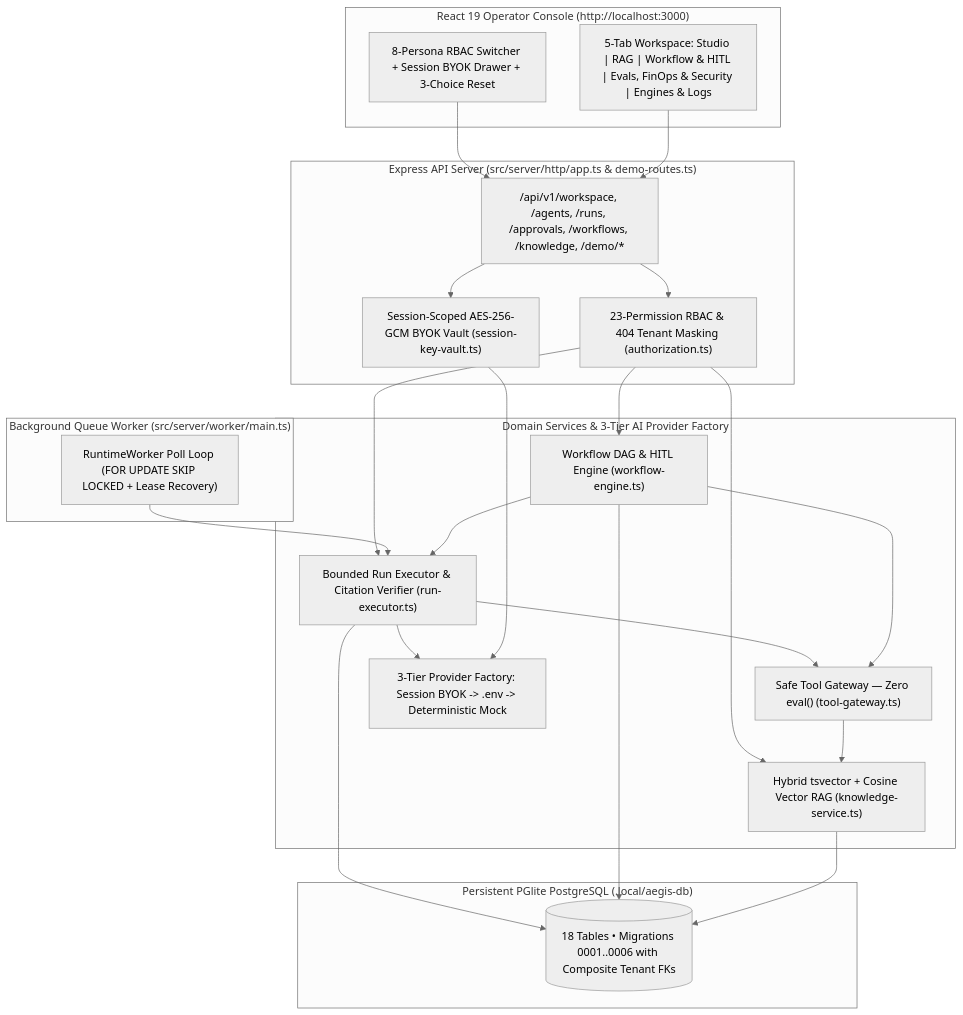
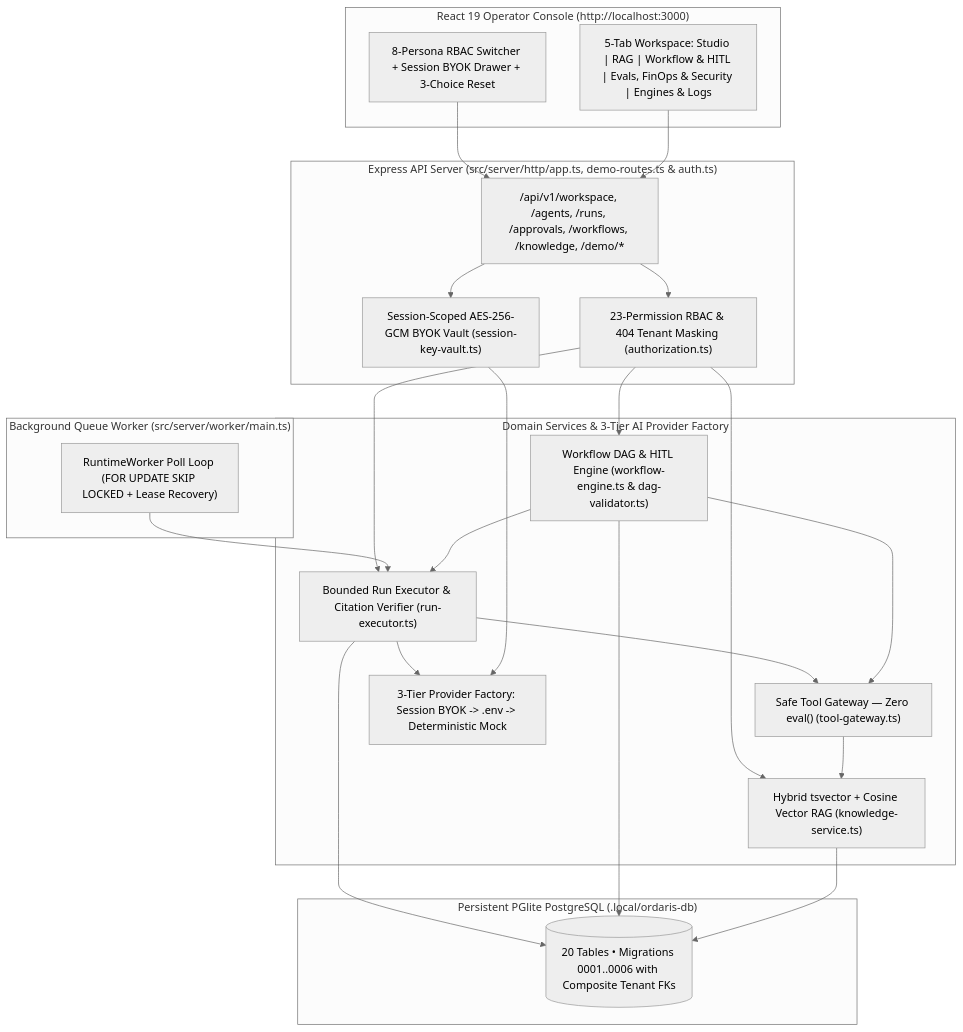
The diagram in README.md (KratX/multi-ai-agent-orchestration), drawn with Mermaid (neutral theme) before and after one commit. The commit also changed other lines of this file and 25 other files, not shown here.

````diff
--- a/README.md
+++ b/README.md
@@ -69,39 +69,39 @@
 ```mermaid
 flowchart TB
   subgraph Browser["React 19 Operator Console (http://localhost:3000)"]
     HEADER["8-Persona RBAC Switcher + Session BYOK Drawer + 3-Choice Reset"]
     TABS["5-Tab Workspace: Studio | RAG | Workflow & HITL | Evals, FinOps & Security | Engines & Logs"]
   end
 
-  subgraph Server["Express API Server (src/server/http/app.ts & demo-routes.ts)"]
+  subgraph Server["Express API Server (src/server/http/app.ts, demo-routes.ts & auth.ts)"]
     ROUTES["/api/v1/workspace, /agents, /runs, /approvals, /workflows, /knowledge, /demo/*"]
     AUTHZ["23-Permission RBAC & 404 Tenant Masking (authorization.ts)"]
     VAULT["Session-Scoped AES-256-GCM BYOK Vault (session-key-vault.ts)"]
   end
 
   subgraph Worker["Background Queue Worker (src/server/worker/main.ts)"]
     LOOP["RuntimeWorker Poll Loop (FOR UPDATE SKIP LOCKED + Lease Recovery)"]
   end
 
   subgraph Engines["Domain Services & 3-Tier AI Provider Factory"]
     RUN["Bounded Run Executor & Citation Verifier (run-executor.ts)"]
-    WF["Workflow DAG & HITL Engine (workflow-engine.ts)"]
+    WF["Workflow DAG & HITL Engine (workflow-engine.ts & dag-validator.ts)"]
     TG["Safe Tool Gateway — Zero eval() (tool-gateway.ts)"]
     RAG["Hybrid tsvector + Cosine Vector RAG (knowledge-service.ts)"]
     AI["3-Tier Provider Factory: Session BYOK -> .env -> Deterministic Mock"]
   end
 
-  subgraph Storage["Persistent PGlite PostgreSQL (.local/aegis-db)"]
-    DB[("18 Tables • Migrations 0001..0006 with Composite Tenant FKs")]
+  subgraph Storage["Persistent PGlite PostgreSQL (.local/ordaris-db)"]
+    DB[("20 Tables • Migrations 0001..0006 with Composite Tenant FKs")]
   end
 
   HEADER & TABS --> ROUTES
   ROUTES --> AUTHZ & VAULT
   AUTHZ --> RUN & WF & RAG
   LOOP --> RUN
   RUN --> TG & AI & DB
   VAULT --> AI
   WF --> RUN & TG & DB
   TG --> RAG
   RAG --> DB
 ```
````
